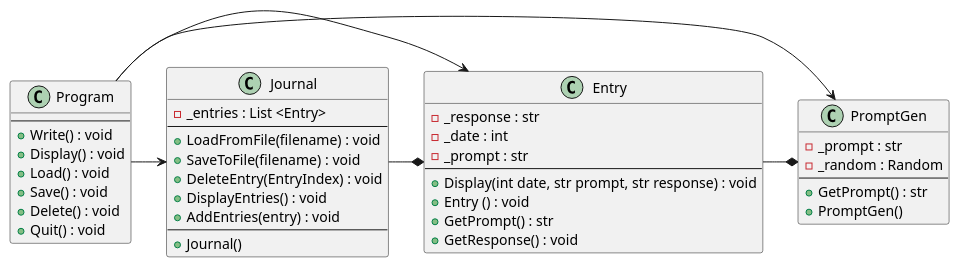
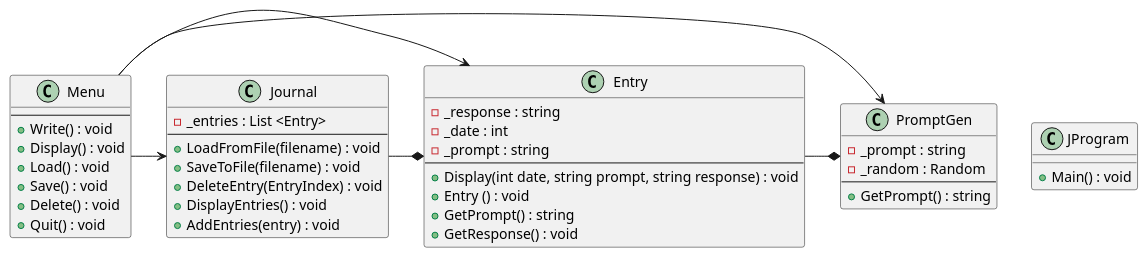
One commit to automotopia2/cse21---projects changed the diagram in prove/Develop02/Journal_project/D02_UML.puml. Above: the diagram before and after it, drawn with PlantUML. The commit also changed 1 other file, not shown here.

Commit message:
Updated journal to better understand where date and prompt come from.

```diff
--- a/prove/Develop02/Journal_project/D02_UML.puml
+++ b/prove/Develop02/Journal_project/D02_UML.puml
@@ -1,55 +1,57 @@
-@startuml
+@startuml JournalProgram
 
-Class Journal 
+Class JProgram
+{
+    +Main() : void
+}
+
+Class Journal
 {
 - _entries : List <Entry>
 --
 + LoadFromFile(filename) : void
 + SaveToFile(filename) : void
 + DeleteEntry(EntryIndex) : void
 + DisplayEntries() : void
 + AddEntries(entry) : void
---
-+Journal()
 }
 
 class Entry
 {
--_response : str
+-_response : string
 -_date : int
--_prompt : str
+-_prompt : string
 --
-+Display(int date, str prompt, str response) : void
++Display(int date, string prompt, string response) : void
 +Entry () : void
-+GetPrompt() : str
++GetPrompt() : string
 +GetResponse() : void
 }
 
 class PromptGen
 {
--_prompt : str
+-_prompt : string
 -_random : Random
 --
-+GetPrompt() : str
-+PromptGen()
++GetPrompt() : string
 }
 
-class Program
+class Menu
 {
 --
 +Write() : void
 +Display() : void
 +Load() : void
 +Save() : void
 +Delete() : void
 +Quit() : void
 }
 
 Journal -* Entry
 Entry -* PromptGen
-Program -> PromptGen
-Program -> Entry
-Program -> Journal
+Menu -> PromptGen
+Menu -> Entry
+Menu -> Journal
 
 
 @enduml
```
